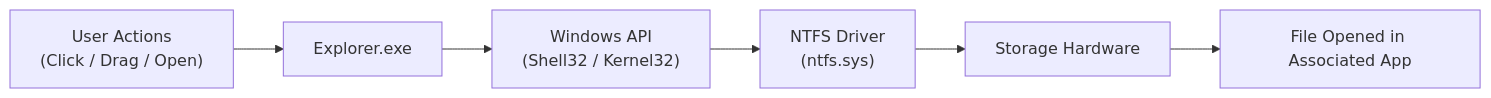
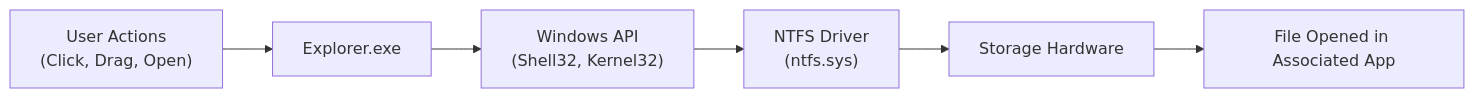
One commit to Kashif-Mashi/Blue-Team-Handbook changed the sixth of 10 diagrams in Windows/Fundamentals/Chapter 03 — Windows File System & File Explorer.md. Above: the diagram before and after it, drawn with Mermaid. The commit also changed other lines of this file and 1 other file, not shown here.

````diff
--- a/Windows/Fundamentals/Chapter 03 — Windows File System & File Explorer.md
+++ b/Windows/Fundamentals/Chapter 03 — Windows File System & File Explorer.md
@@ -359,8 +359,8 @@
 ```mermaid
 flowchart LR
-    User["User Actions<br/>(Click / Drag / Open)"] --> Explorer["Explorer.exe"]
-    Explorer --> WinAPI["Windows API<br/>(Shell32 / Kernel32)"]
-    WinAPI --> NTFSDriver["NTFS Driver<br/>(ntfs.sys)"]
+    User["User Actions<br>(Click, Drag, Open)"] --> Explorer["Explorer.exe"]
+    Explorer --> WinAPI["Windows API<br>(Shell32, Kernel32)"]
+    WinAPI --> NTFSDriver["NTFS Driver<br>(ntfs.sys)"]
     NTFSDriver --> Storage["Storage Hardware"]
     Storage --> FileOpen["File Opened in Associated App"]
 ```
````
